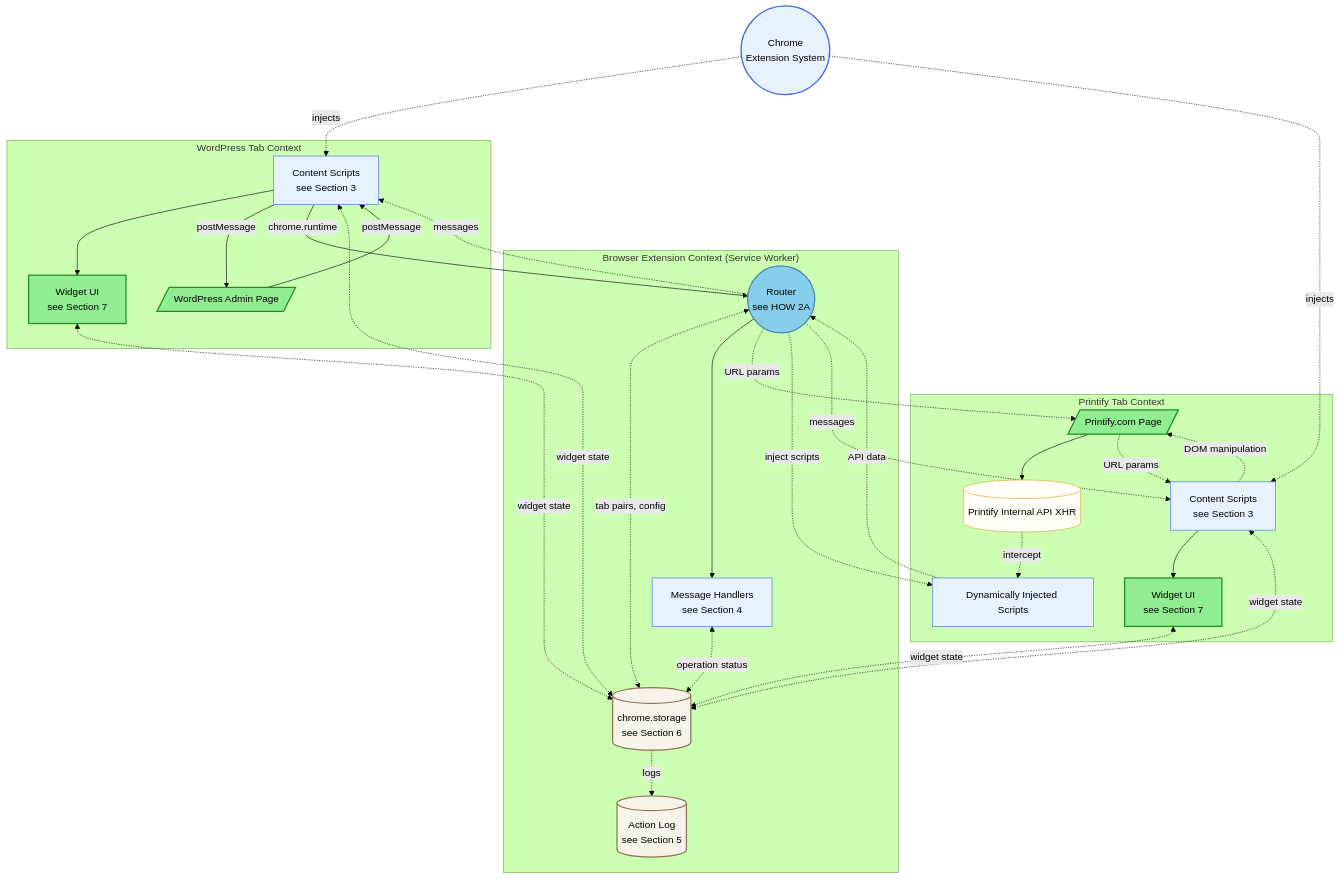
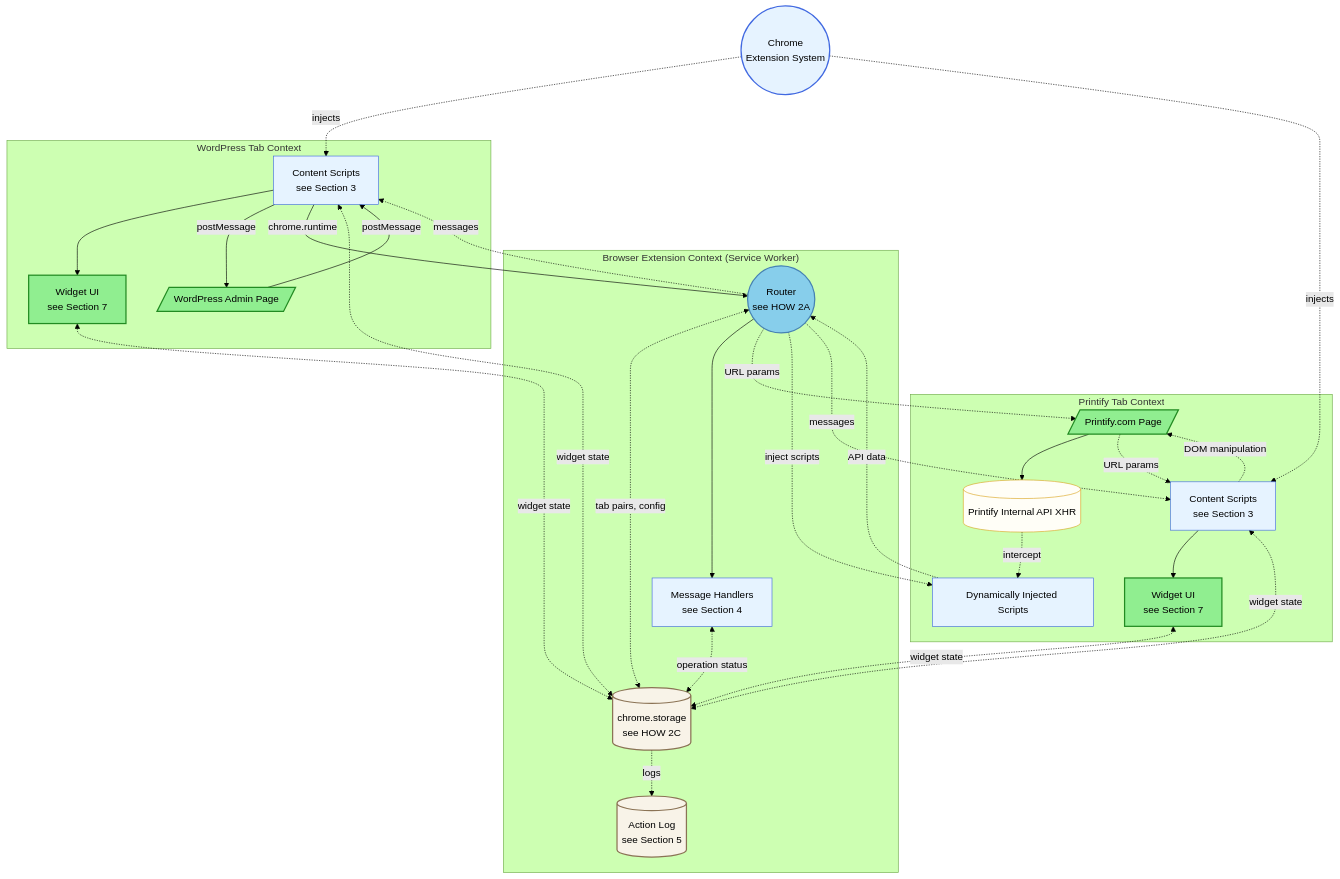
Before and after one commit to tdemelle-SiP/.claude: the first of 5 diagrams in guidelines/sip-printify-manager-extension-guidelines-v2.md, drawn with Mermaid (forest theme). The commit also changed other lines of this file, not shown here.

First line of the commit message:
moved the storage   documentation from Section 6 into the main   architecture block as section 2C. The changes   include:

````diff
--- a/guidelines/sip-printify-manager-extension-guidelines-v2.md
+++ b/guidelines/sip-printify-manager-extension-guidelines-v2.md
@@ -41,63 +40,63 @@
 ```mermaid
 graph TD
   Chrome((Chrome<br/>Extension System))
   
   subgraph "Browser Extension Context (Service Worker)"
     Router((Router<br/>see HOW 2A))
-    Router <-. tab pairs, config .-> Storage[(chrome.storage<br/>see Section 6)]
+    Router <-. tab pairs, config .-> Storage[(chrome.storage<br/>see HOW 2C)]
     Handlers <-. operation status .-> Storage
     Router --> Handlers[Message Handlers<br/>see Section 4]
     Storage -. logs .-> Logger[(Action Log<br/>see Section 5)]
   end
 
   subgraph "WordPress Tab Context"
     WPPage[/WordPress Admin Page/]
     WPCS[Content Scripts<br/>see Section 3]
     WPCS --> WUI1[Widget UI<br/>see Section 7]
     WPCS -->|postMessage| WPPage
     WPPage -->|postMessage| WPCS
     WPCS -->|chrome.runtime| Router
     WPCS <-. widget state .-> Storage
     WUI1 <-. widget state .-> Storage
   end
 
   subgraph "Printify Tab Context"
     PrintifyPage[/Printify.com Page/]
     PCS[Content Scripts<br/>see Section 3]
     PCS --> WUI2[Widget UI<br/>see Section 7]
     DIS[Dynamically Injected Scripts]
     InternalAPI[(Printify Internal API XHR)]
     PrintifyPage --> InternalAPI
     InternalAPI -. intercept .-> DIS
     PrintifyPage -. URL params .-> PCS
     PCS -. DOM manipulation .-> PrintifyPage
     PCS <-. widget state .-> Storage
     WUI2 <-. widget state .-> Storage
     DIS -. API data .-> Router
     Router -. URL params .-> PrintifyPage
     Router -. inject scripts .-> DIS
     Router -.->|messages| PCS
     Router -.->|messages| WPCS
   end
   
   Chrome -.->|injects| WPCS
   Chrome -.->|injects| PCS
   
   %% Style definitions
   classDef userFacingStyle fill:#90EE90,stroke:#228B22,stroke-width:2px
   classDef routerStyle fill:#87CEEB,stroke:#4682B4,stroke-width:2px
   classDef scriptStyle fill:#E6F3FF,stroke:#4169E1,stroke-width:1px
   classDef storageStyle fill:#F8F3E8,stroke:#8B7355,stroke-width:2px
   classDef externalStyle fill:#FFFEF7,stroke:#DAA520,stroke-width:1px
   classDef groupStyle fill:#F3E8F8,stroke:#8B7AB8,stroke-width:2px
   classDef chromeStyle fill:#E6F3FF,stroke:#4169E1,stroke-width:2px
   
   %% Apply styles to nodes
   class WPPage,PrintifyPage,WUI1,WUI2 userFacingStyle
   class Router routerStyle
   class WPCS,PCS,DIS scriptStyle
   class Storage,Logger storageStyle
   class InternalAPI externalStyle
   class Handlers scriptStyle
   class Chrome chromeStyle
 ```
````
